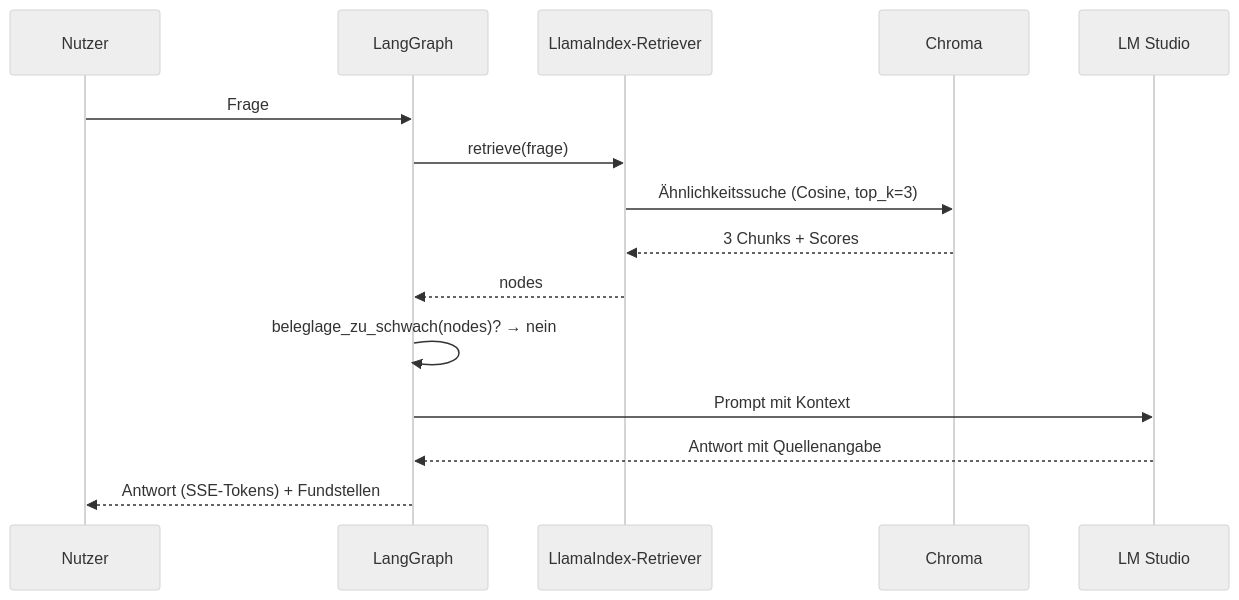
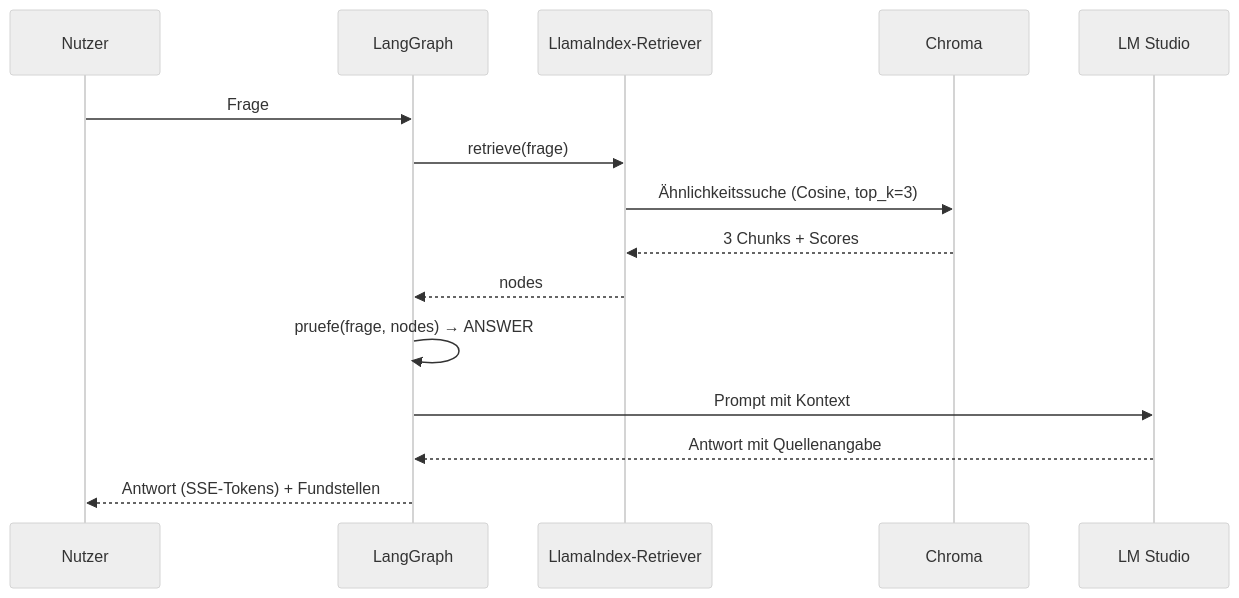
The third of 5 diagrams in docs/arc42.md (Gereon93/regRAG), drawn with Mermaid (neutral theme) before and after one commit. The commit also changed other lines of this file and 13 other files, not shown here.

````diff
--- a/docs/arc42.md
+++ b/docs/arc42.md
@@ -147,18 +148,18 @@
 ```mermaid
 sequenceDiagram
     participant N as Nutzer
     participant G as LangGraph
     participant R as LlamaIndex-Retriever
     participant D as Chroma
     participant L as LM Studio
 
     N->>G: Frage
     G->>R: retrieve(frage)
     R->>D: Ähnlichkeitssuche (Cosine, top_k=3)
     D-->>R: 3 Chunks + Scores
     R-->>G: nodes
-    G->>G: beleglage_zu_schwach(nodes)? → nein
+    G->>G: pruefe(frage, nodes) → ANSWER
     G->>L: Prompt mit Kontext
     L-->>G: Antwort mit Quellenangabe
     G-->>N: Antwort (SSE-Tokens) + Fundstellen
 ```
````
